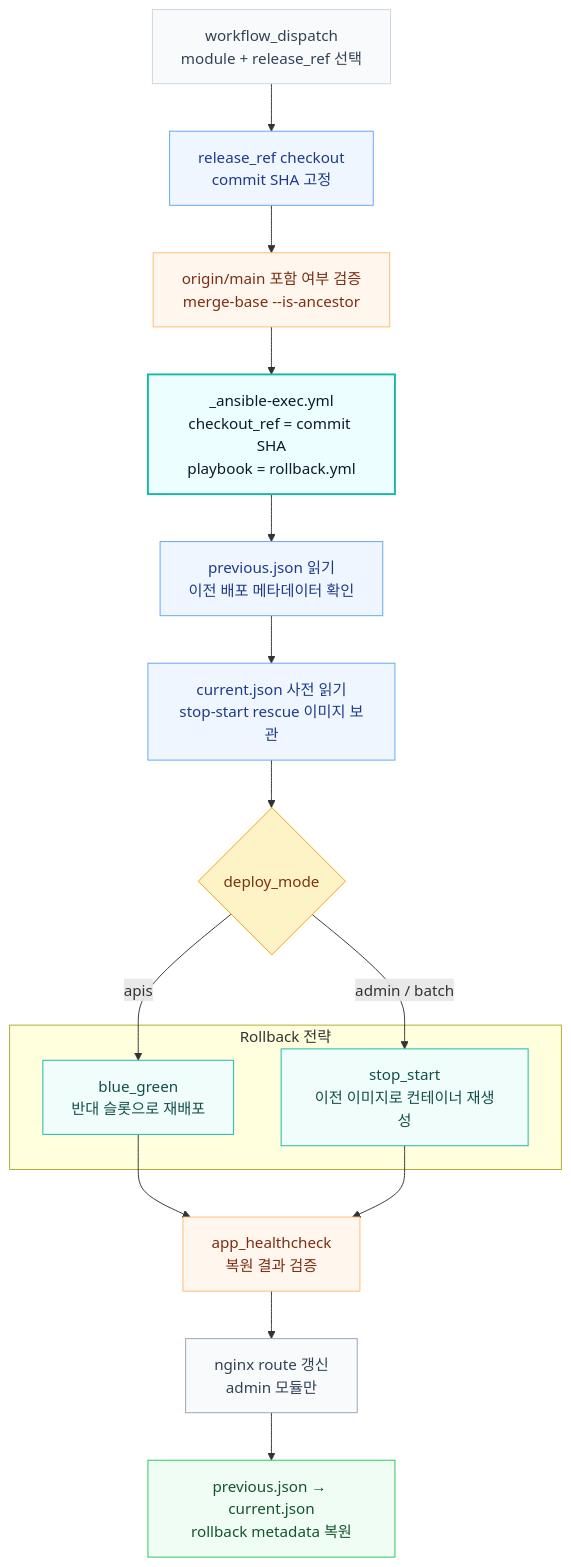
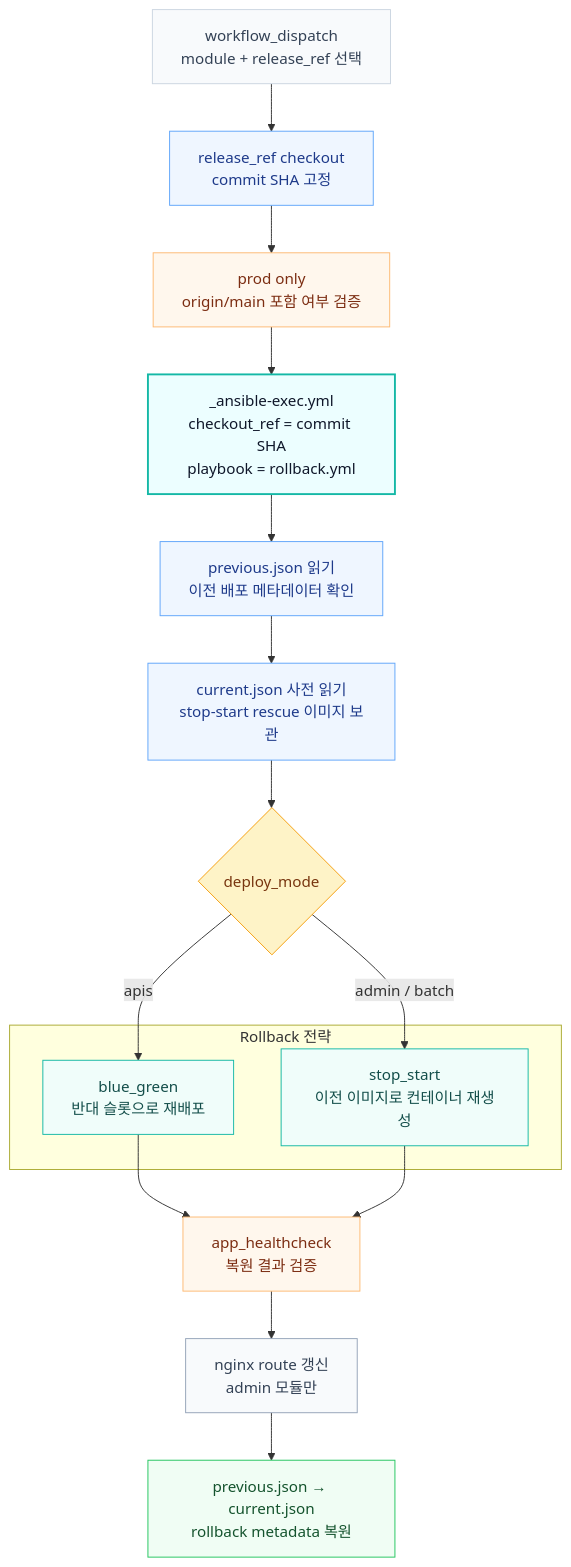
One commit to TEAM-BEAT/BEAT-SERVER changed diagram 14 of 14 in infra/README.md. Above: the diagram before and after it, drawn with Mermaid. The commit also changed other lines of this file and 4 other files, not shown here.

````diff
--- a/infra/README.md
+++ b/infra/README.md
@@ -1273,45 +1351,45 @@
 ```mermaid
 flowchart TB
     Start["workflow_dispatch<br/>module + release_ref 선택"]:::event
     Checkout["release_ref checkout<br/>commit SHA 고정"]:::step
-    MainGuard["origin/main 포함 여부 검증<br/>merge-base --is-ancestor"]:::verify
+    MainGuard["prod only<br/>origin/main 포함 여부 검증"]:::verify
     Exec["_ansible-exec.yml<br/>checkout_ref = commit SHA<br/>playbook = rollback.yml"]:::executor
 
     ReadPrev["previous.json 읽기<br/>이전 배포 메타데이터 확인"]:::step
     ReadCurrent["current.json 사전 읽기<br/>stop-start rescue 이미지 보관"]:::step
     Mode{"deploy_mode"}:::decision
 
     subgraph STRATEGY["Rollback 전략"]
         BlueGreen["blue_green<br/>반대 슬롯으로 재배포"]:::strategy
         StopStart["stop_start<br/>이전 이미지로 컨테이너 재생성"]:::strategy
     end
 
     Health["app_healthcheck<br/>복원 결과 검증"]:::verify
     Nginx["nginx route 갱신<br/>admin 모듈만"]:::infra
     Metadata["previous.json → current.json<br/>rollback metadata 복원"]:::post
 
     Start --> Checkout
     Checkout --> MainGuard
     MainGuard --> Exec
     Exec --> ReadPrev
     ReadPrev --> ReadCurrent
     ReadCurrent --> Mode
 
     Mode -->|"apis"| BlueGreen
     Mode -->|"admin / batch"| StopStart
 
     BlueGreen --> Health
     StopStart --> Health
 
     Health --> Nginx
     Nginx --> Metadata
 
     classDef event fill:#F8FAFC,stroke:#CBD5E1,stroke-width:1px,color:#334155
     classDef step fill:#EFF6FF,stroke:#60A5FA,stroke-width:1px,color:#1E3A8A
     classDef executor fill:#ECFEFF,stroke:#14B8A6,stroke-width:2px,color:#0F172A
     classDef decision fill:#FEF3C7,stroke:#F59E0B,stroke-width:1px,color:#78350F
     classDef strategy fill:#F0FDFA,stroke:#14B8A6,stroke-width:1px,color:#134E4A
     classDef verify fill:#FFF7ED,stroke:#FDBA74,stroke-width:1px,color:#7C2D12
     classDef infra fill:#F8FAFC,stroke:#94A3B8,stroke-width:1px,color:#334155
     classDef post fill:#F0FDF4,stroke:#22C55E,stroke-width:1px,color:#14532D
 ```
````
